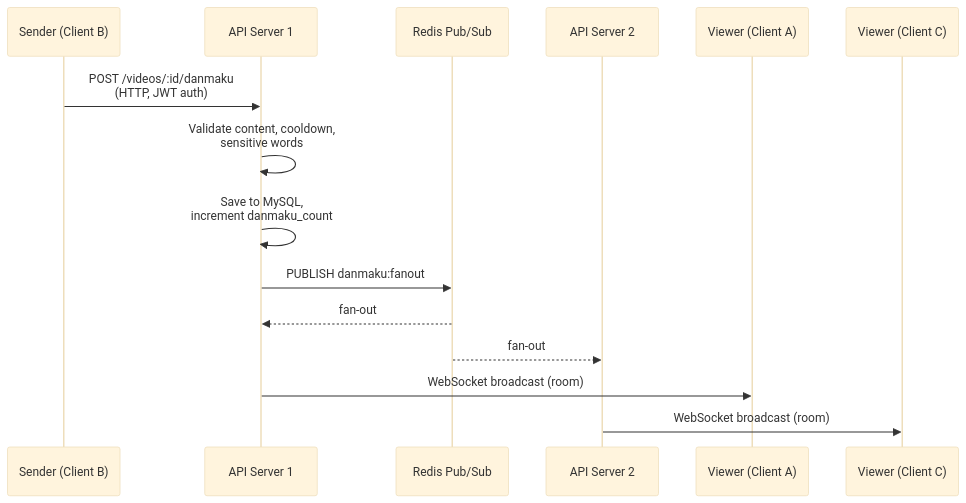
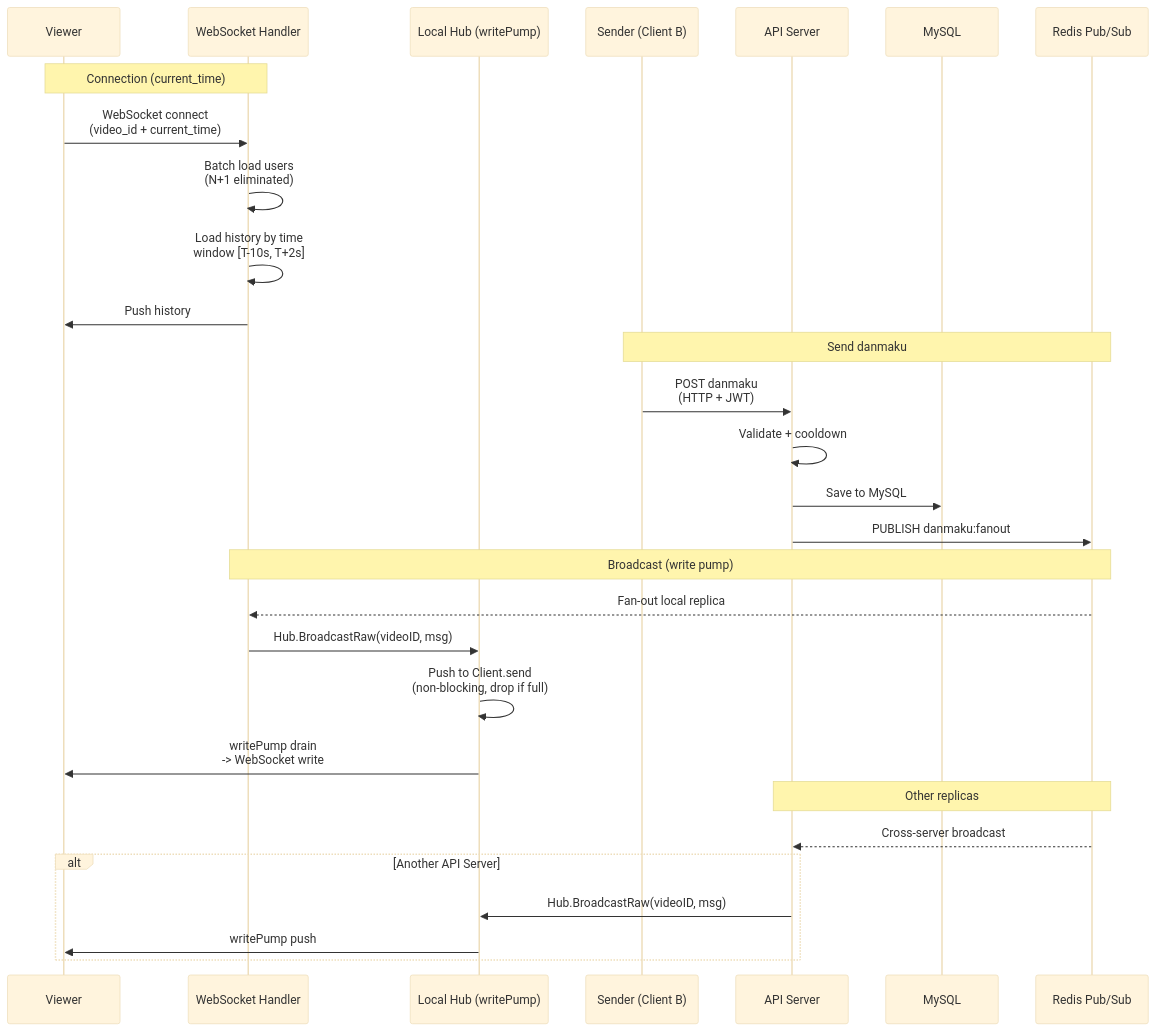
One commit to earthcake2233/cakecake changed the second of 5 diagrams in docs/ARCHITECTURE_EN.md. Above: the diagram before and after it, drawn with Mermaid (base theme). The commit also changed other lines of this file and 1 other file, not shown here.

Commit message:
docs(arch): update danmaku sequence diagram with write pump and current_time
- Add Hub (writePump) participant to sequence diagram

- Show current_time for time-window history loading, N+1 eliminated batch loading

- Show non-blocking broadcast via Client.send channel; emphasize local Hub per replica

- Remove Mermaid-unsupported characters (?, &amp;, arrows)

- Sync ZH and EN versions

````diff
--- a/docs/ARCHITECTURE_EN.md
+++ b/docs/ARCHITECTURE_EN.md
@@ -76,18 +76,35 @@
 ```mermaid
 sequenceDiagram
+    participant V as Viewer
+    participant WS as WebSocket Handler
+    participant H as Local Hub (writePump)
     participant S as Sender (Client B)
-    participant API as API Server 1
+    participant API as API Server
+    participant DB as MySQL
     participant R as Redis Pub/Sub
-    participant API2 as API Server 2
-    participant V1 as Viewer (Client A)
-    participant V2 as Viewer (Client C)
 
-    S->>API: POST /videos/:id/danmaku<br/>(HTTP, JWT auth)
-    API->>API: Validate content, cooldown,<br/>sensitive words
-    API->>API: Save to MySQL,<br/>increment danmaku_count
+    Note over V,WS: Connection (current_time)
+    V->>WS: WebSocket connect<br/>(video_id + current_time)
+    WS->>WS: Batch load users<br/>(N+1 eliminated)
+    WS->>WS: Load history by time<br/>window [T-10s, T+2s]
+    WS->>V: Push history
+
+    Note over S,R: Send danmaku
+    S->>API: POST danmaku<br/>(HTTP + JWT)
+    API->>API: Validate + cooldown
+    API->>DB: Save to MySQL
     API->>R: PUBLISH danmaku:fanout
-    R-->>API: fan-out
-    R-->>API2: fan-out
-    API->>V1: WebSocket broadcast (room)
-    API2->>V2: WebSocket broadcast (room)
+
+    Note over R,WS: Broadcast (write pump)
+    R-->>WS: Fan-out local replica
+    WS->>H: Hub.BroadcastRaw(videoID, msg)
+    H->>H: Push to Client.send<br/>(non-blocking, drop if full)
+    H->>V: writePump drain<br/>-> WebSocket write
+
+    Note over R,API: Other replicas
+    R-->>API: Cross-server broadcast
+    alt Another API Server
+        API->>H: Hub.BroadcastRaw(videoID, msg)
+        H->>V: writePump push
+    end
 ```
````
